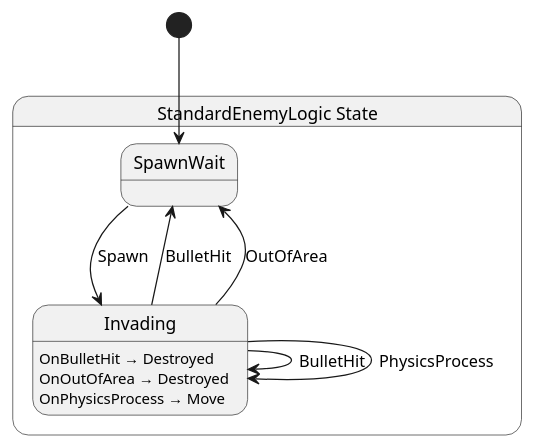
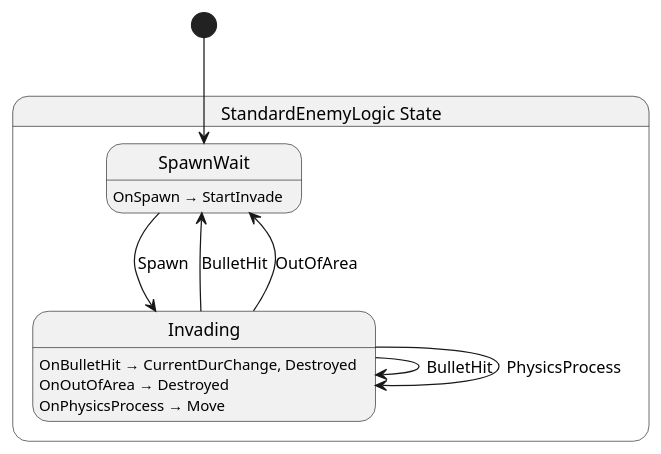
Before and after one commit to Ygoat/EternalJourney: the diagram in src/enemy/abstract/state/StandardEnemyLogic.g.puml, drawn with PlantUML. The commit also changed 8 other files, not shown here.

```diff
--- a/src/enemy/abstract/state/StandardEnemyLogic.g.puml
+++ b/src/enemy/abstract/state/StandardEnemyLogic.g.puml
@@ -1,18 +1,19 @@
 @startuml StandardEnemyLogic
 state "StandardEnemyLogic State" as EternalJourney_Enemy_Abstract_State_StandardEnemyLogic_State {
   state "SpawnWait" as EternalJourney_Enemy_Abstract_State_StandardEnemyLogic_State_SpawnWait
   state "Invading" as EternalJourney_Enemy_Abstract_State_StandardEnemyLogic_State_Invading
 }
 
 EternalJourney_Enemy_Abstract_State_StandardEnemyLogic_State_Invading --> EternalJourney_Enemy_Abstract_State_StandardEnemyLogic_State_Invading : BulletHit
 EternalJourney_Enemy_Abstract_State_StandardEnemyLogic_State_Invading --> EternalJourney_Enemy_Abstract_State_StandardEnemyLogic_State_Invading : PhysicsProcess
 EternalJourney_Enemy_Abstract_State_StandardEnemyLogic_State_Invading --> EternalJourney_Enemy_Abstract_State_StandardEnemyLogic_State_SpawnWait : BulletHit
 EternalJourney_Enemy_Abstract_State_StandardEnemyLogic_State_Invading --> EternalJourney_Enemy_Abstract_State_StandardEnemyLogic_State_SpawnWait : OutOfArea
 EternalJourney_Enemy_Abstract_State_StandardEnemyLogic_State_SpawnWait --> EternalJourney_Enemy_Abstract_State_StandardEnemyLogic_State_Invading : Spawn
 
-EternalJourney_Enemy_Abstract_State_StandardEnemyLogic_State_Invading : OnBulletHit → Destroyed
+EternalJourney_Enemy_Abstract_State_StandardEnemyLogic_State_Invading : OnBulletHit → CurrentDurChange, Destroyed
 EternalJourney_Enemy_Abstract_State_StandardEnemyLogic_State_Invading : OnOutOfArea → Destroyed
 EternalJourney_Enemy_Abstract_State_StandardEnemyLogic_State_Invading : OnPhysicsProcess → Move
+EternalJourney_Enemy_Abstract_State_StandardEnemyLogic_State_SpawnWait : OnSpawn → StartInvade
 
 [*] --> EternalJourney_Enemy_Abstract_State_StandardEnemyLogic_State_SpawnWait
 @enduml
```
